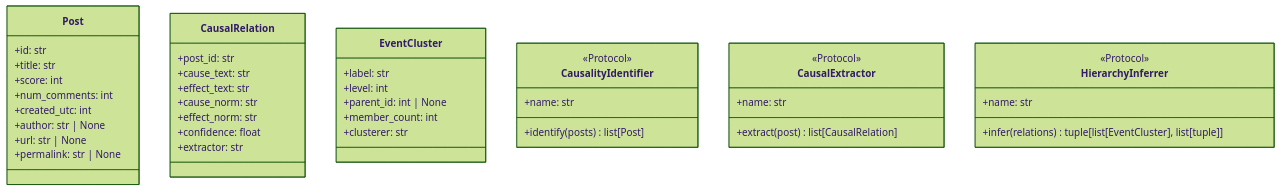
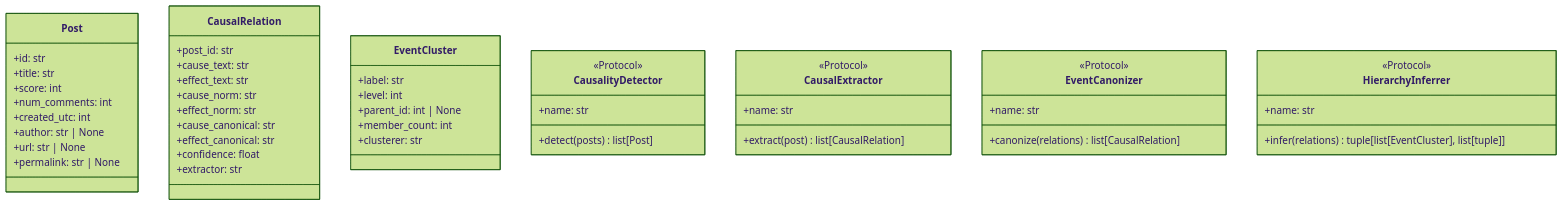
The diagram in docs/extending.md (TheMrSheldon/causalgraph), drawn with Mermaid (forest theme) before and after one commit. The commit also changed other lines of this file and 8 other files, not shown here.

````diff
--- a/docs/extending.md
+++ b/docs/extending.md
@@ -69,49 +103,57 @@
 ```mermaid
 classDiagram
     class Post {
         +id: str
         +title: str
         +score: int
         +num_comments: int
         +created_utc: int
         +author: str | None
         +url: str | None
         +permalink: str | None
     }
 
     class CausalRelation {
         +post_id: str
         +cause_text: str
         +effect_text: str
         +cause_norm: str
         +effect_norm: str
+        +cause_canonical: str
+        +effect_canonical: str
         +confidence: float
         +extractor: str
     }
 
     class EventCluster {
         +label: str
         +level: int
         +parent_id: int | None
         +member_count: int
         +clusterer: str
     }
 
-    class CausalityIdentifier {
+    class CausalityDetector {
         <<Protocol>>
-        +identify(posts) list[Post]
+        +detect(posts) list[Post]
         +name: str
     }
 
     class CausalExtractor {
         <<Protocol>>
         +extract(post) list[CausalRelation]
         +name: str
     }
 
+    class EventCanonizer {
+        <<Protocol>>
+        +canonize(relations) list[CausalRelation]
+        +name: str
+    }
+
     class HierarchyInferrer {
         <<Protocol>>
         +infer(relations) tuple[list[EventCluster], list[tuple]]
         +name: str
     }
 ```
````
